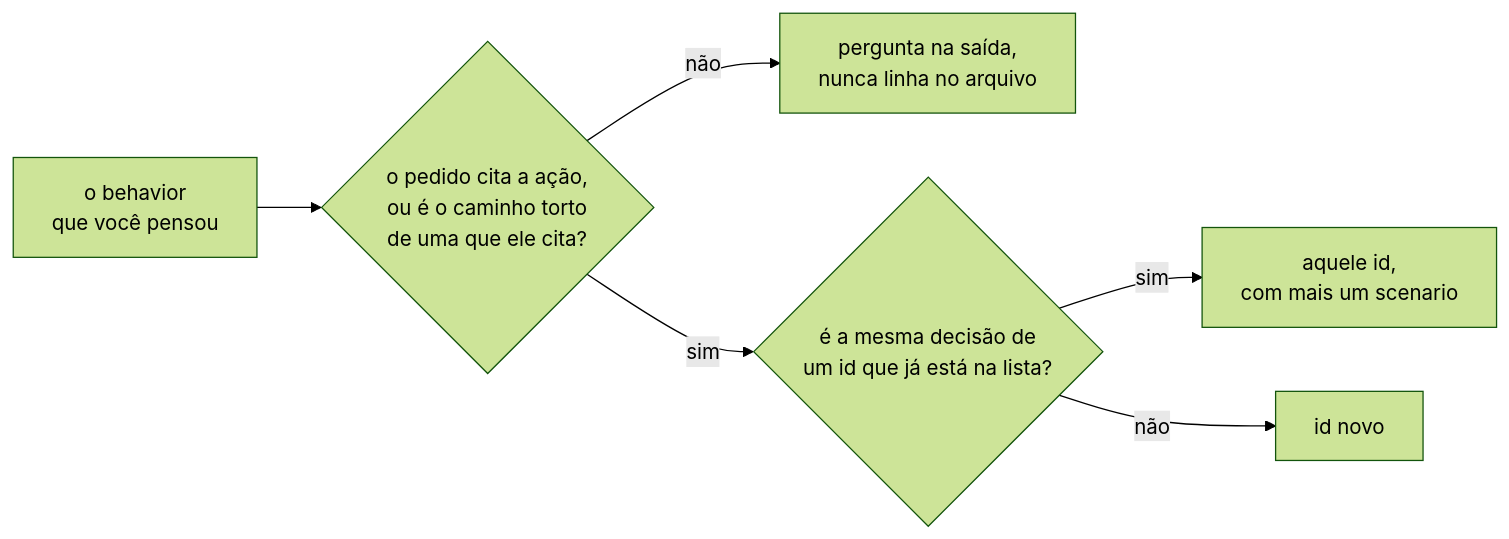
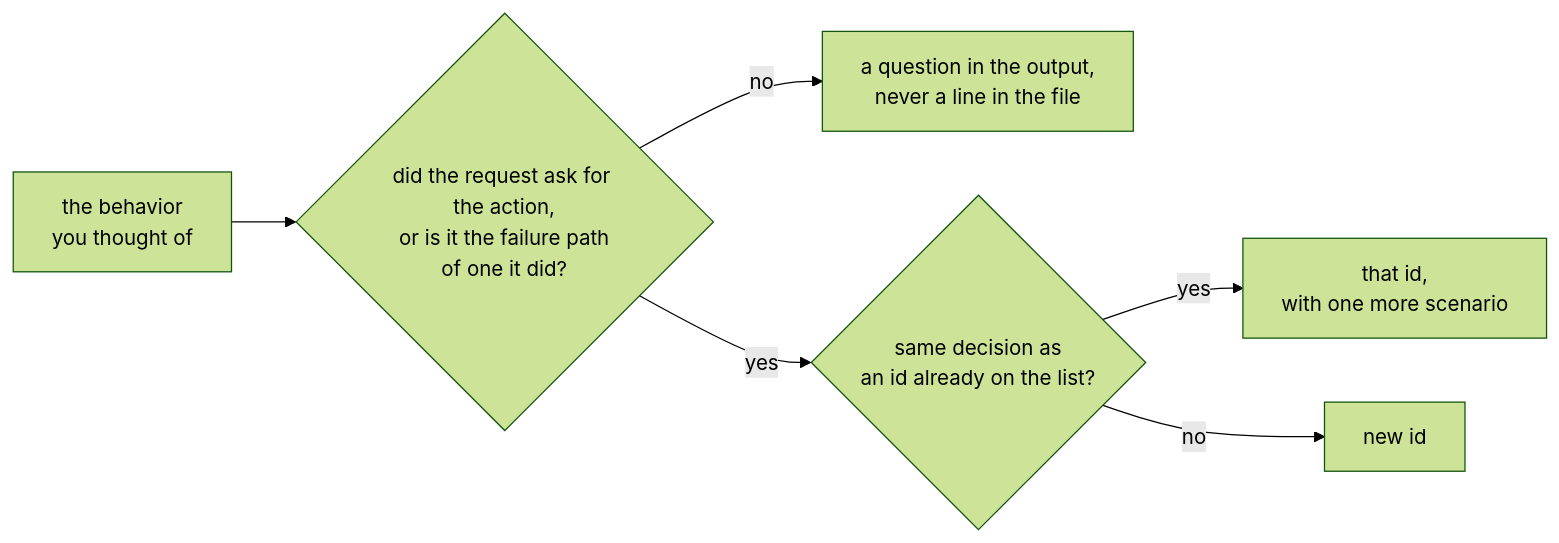
The second of 3 diagrams in skills/spec/SKILL.md (WilliamRAlvesJr/my-sdd), drawn with Mermaid (forest theme) before and after one commit. The commit also changed other lines of this file and 3 other files, not shown here.

````diff
--- a/skills/spec/SKILL.md
+++ b/skills/spec/SKILL.md
@@ -130,8 +188,8 @@
 ```mermaid
 flowchart LR
-    P[o behavior<br>que você pensou] --> D{o pedido cita a ação,<br>ou é o caminho torto<br>de uma que ele cita?}
-    D -->|não| FORA[pergunta na saída,<br>nunca linha no arquivo]
-    D -->|sim| M{é a mesma decisão de<br>um id que já está na lista?}
-    M -->|sim| CEN[aquele id,<br>com mais um scenario]
-    M -->|não| NOVO[id novo]
+    P[the behavior<br>you thought of] --> D{did the request ask for the action,<br>or is it the failure path<br>of one it did?}
+    D -->|no| FORA[a question in the output,<br>never a line in the file]
+    D -->|yes| M{same decision as<br>an id already on the list?}
+    M -->|yes| CEN[that id,<br>with one more scenario]
+    M -->|no| NOVO[new id]
 ```
````
